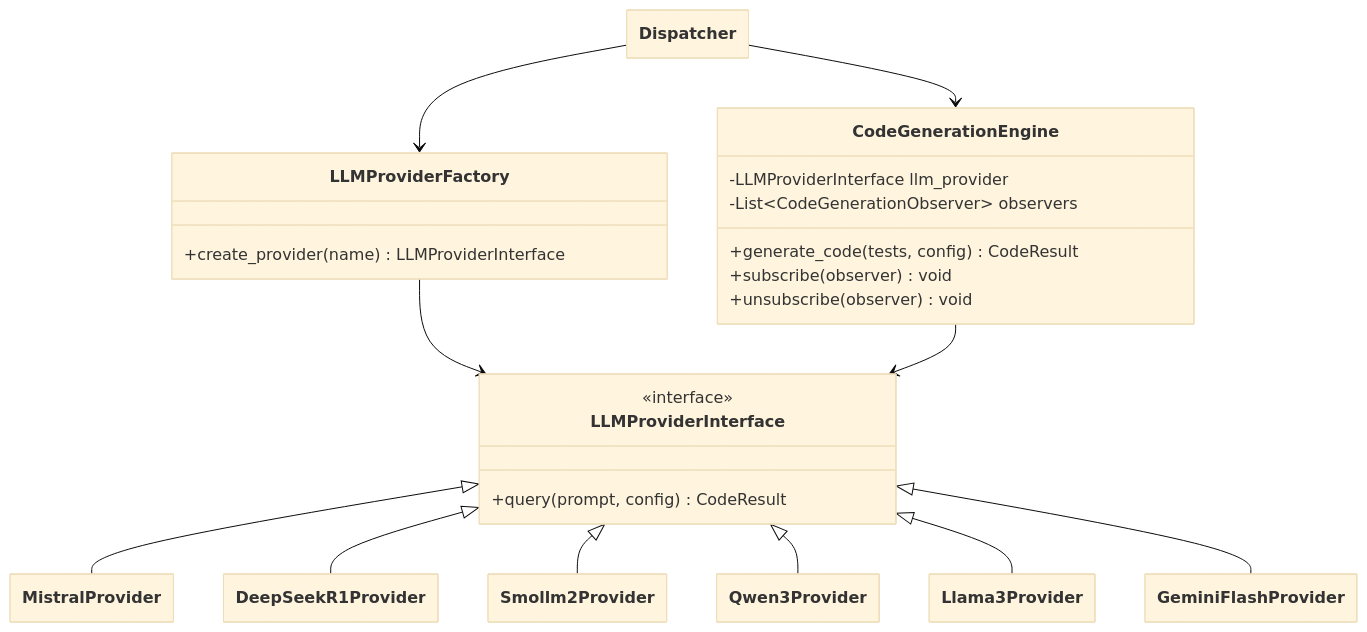
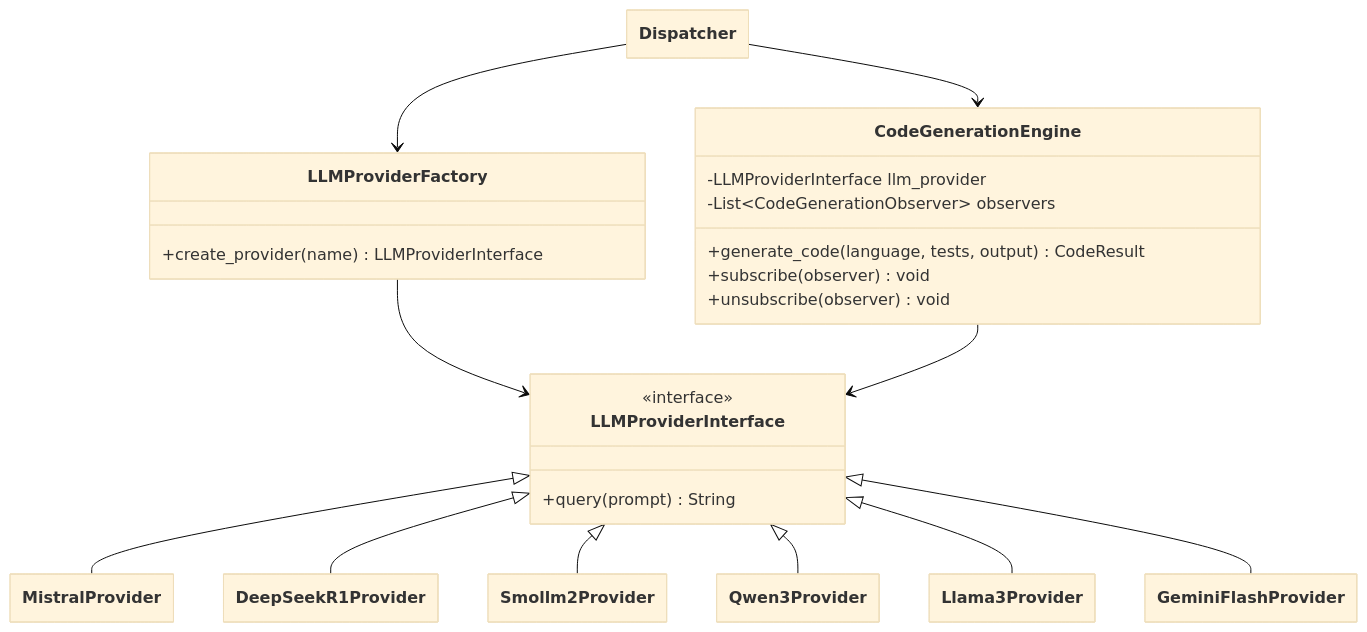
The fifth of 7 diagrams in docs/design.md (FilippoGurioli/test-2-code-llm), drawn with Mermaid (base theme) before and after one commit. The commit also changed other lines of this file and 1 other file, not shown here.

````diff
--- a/docs/design.md
+++ b/docs/design.md
@@ -175,33 +175,33 @@
 ```mermaid
 ---
   config:
     class:
       hideEmptyMembersBox: true
 ---
 classDiagram
     class CodeGenerationEngine {
         -LLMProviderInterface llm_provider
         -List~CodeGenerationObserver~ observers
-        +generate_code(tests, config) CodeResult
+        +generate_code(language, tests, output) CodeResult
         +subscribe(observer) void
         +unsubscribe(observer) void
     }
     class LLMProviderInterface {
         <<interface>>
-        +query(prompt, config) CodeResult
+        +query(prompt) String
     }
     class LLMProviderFactory {
         +create_provider(name) LLMProviderInterface
     }
     class Dispatcher {}
     Dispatcher --> CodeGenerationEngine
     Dispatcher --> LLMProviderFactory
     LLMProviderFactory --> LLMProviderInterface
     CodeGenerationEngine --> LLMProviderInterface
     LLMProviderInterface <|-- MistralProvider
     LLMProviderInterface <|-- DeepSeekR1Provider
     LLMProviderInterface <|-- Smollm2Provider
     LLMProviderInterface <|-- Qwen3Provider
     LLMProviderInterface <|-- Llama3Provider
     LLMProviderInterface <|-- GeminiFlashProvider
 ```
````
